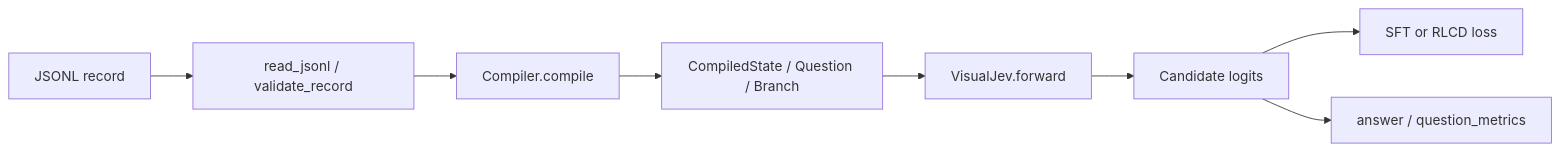
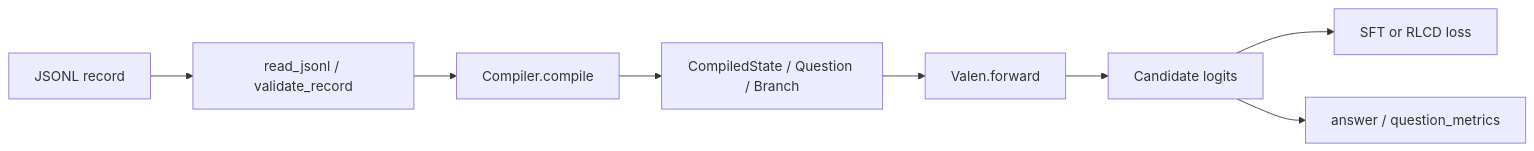
The diagram in docs/architecture.md (Liuziyu77/Valen), drawn with Mermaid before and after one commit. The commit also changed other lines of this file and 76 other files, not shown here.

````diff
--- a/docs/architecture.md
+++ b/docs/architecture.md
@@ -9,10 +9,10 @@
 ```mermaid
 flowchart LR
     A[JSONL record] --> B[read_jsonl / validate_record]
     B --> C[Compiler.compile]
     C --> D[CompiledState / Question / Branch]
-    D --> E[VisualJev.forward]
+    D --> E[Valen.forward]
     E --> F[Candidate logits]
     F --> G[SFT or RLCD loss]
     F --> H[answer / question_metrics]
 ```
````
